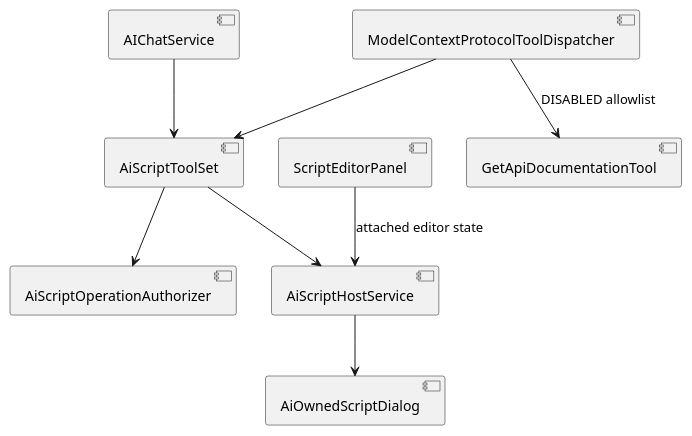
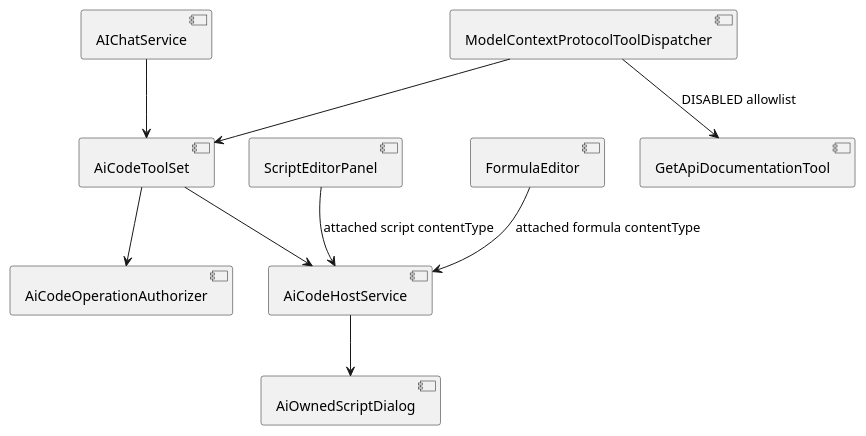
One commit to hyperdreamer/freeplane changed the second of 6 diagrams in ai-specs/tasks/in-progress/groovy-script-execution-tool.md. Above: the diagram before and after it, drawn with PlantUML. The commit also changed other lines of this file, not shown here.

Commit message:
2026-04-09-script-tool Align task with attached-code contract and approval-ready design

````diff
--- a/ai-specs/tasks/in-progress/groovy-script-execution-tool.md
+++ b/ai-specs/tasks/in-progress/groovy-script-execution-tool.md
@@ -516,20 +617,22 @@
 ```plantuml
 @startuml
 component "AIChatService" as ChatService
 component "ModelContextProtocolToolDispatcher" as McpDispatcher
-component "AiScriptToolSet" as ToolSet
-component "AiScriptOperationAuthorizer" as Authorizer
-component "AiScriptHostService" as ScriptService
+component "AiCodeToolSet" as ToolSet
+component "AiCodeOperationAuthorizer" as Authorizer
+component "AiCodeHostService" as CodeService
 component "AiOwnedScriptDialog" as AiDialog
 component "ScriptEditorPanel" as ScriptEditor
+component "FormulaEditor" as FormulaEditor
 component "GetApiDocumentationTool" as ApiTool
 
 ChatService --> ToolSet
 McpDispatcher --> ToolSet
 ToolSet --> Authorizer
-ToolSet --> ScriptService
-ScriptService --> AiDialog
-ScriptEditor --> ScriptService : attached editor state
+ToolSet --> CodeService
+CodeService --> AiDialog
+ScriptEditor --> CodeService : attached script contentType
+FormulaEditor --> CodeService : attached formula contentType
 McpDispatcher --> ApiTool : DISABLED allowlist
 @enduml
 ```
````
